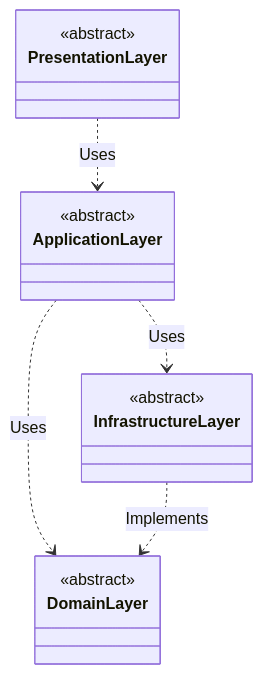
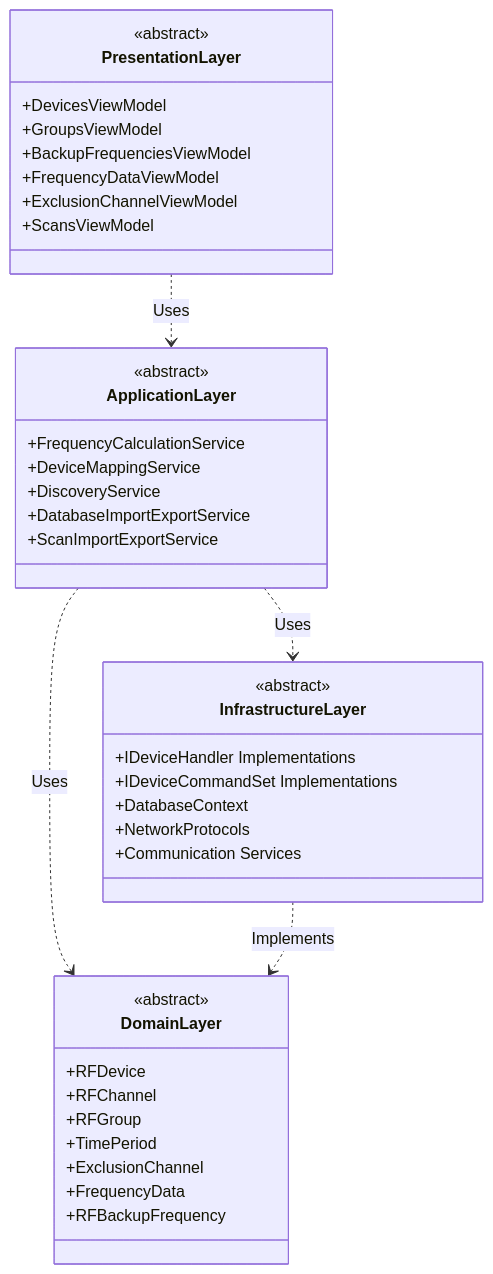
Before and after one commit to Beatwen/RF_Go: the second of 13 diagrams in docusaurus/docs/uml-analysis/class-diagrams.md, drawn with Mermaid. The commit also changed other lines of this file and 123 other files, not shown here.

````diff
--- a/docusaurus/docs/uml-analysis/class-diagrams.md
+++ b/docusaurus/docs/uml-analysis/class-diagrams.md
@@ -9,23 +364,46 @@
 ```mermaid
 classDiagram
     class PresentationLayer {
         <<abstract>>
+        +DevicesViewModel
+        +GroupsViewModel
+        +BackupFrequenciesViewModel
+        +FrequencyDataViewModel
+        +ExclusionChannelViewModel
+        +ScansViewModel
     }
     
     class ApplicationLayer {
         <<abstract>>
+        +FrequencyCalculationService
+        +DeviceMappingService
+        +DiscoveryService
+        +DatabaseImportExportService
+        +ScanImportExportService
     }
     
     class DomainLayer {
-        <<abstract>>  
+        <<abstract>>
+        +RFDevice
+        +RFChannel
+        +RFGroup
+        +TimePeriod
+        +ExclusionChannel
+        +FrequencyData
+        +RFBackupFrequency
     }
     
     class InfrastructureLayer {
         <<abstract>>
+        +IDeviceHandler Implementations
+        +IDeviceCommandSet Implementations
+        +DatabaseContext
+        +NetworkProtocols
+        +Communication Services
     }
     
     PresentationLayer ..> ApplicationLayer : Uses
     ApplicationLayer ..> DomainLayer : Uses
     ApplicationLayer ..> InfrastructureLayer : Uses
     InfrastructureLayer ..> DomainLayer : Implements
 ```
````
